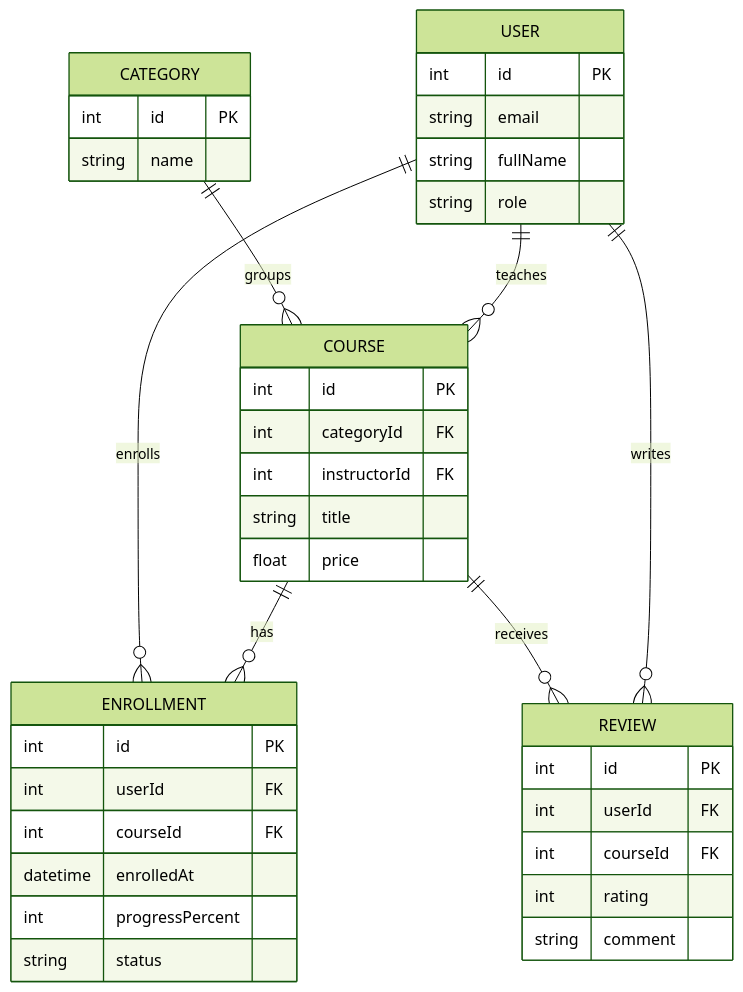
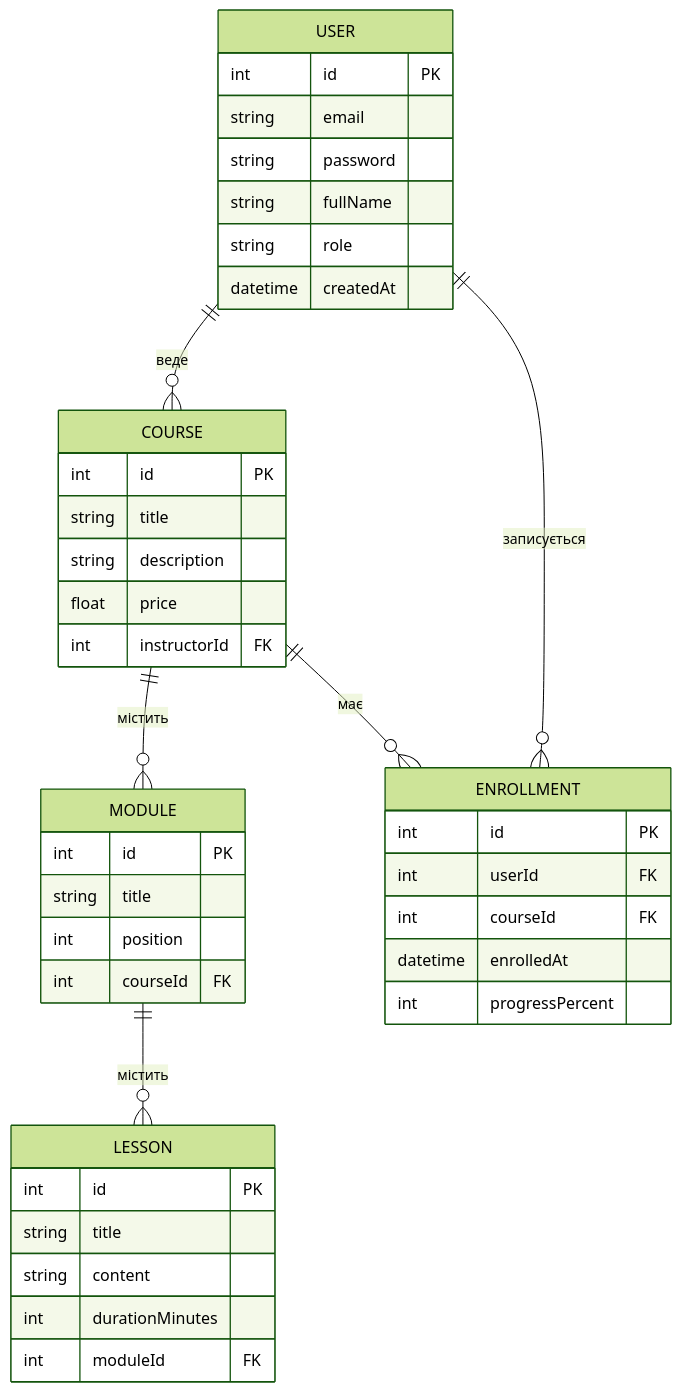
Before and after one commit to beep78/khntu-web-monolith-tykhonov: the diagram in README.md, drawn with Mermaid (forest theme). The commit also changed other lines of this file and 7 other files, not shown here.

Commit message:
feat: setup PostgreSQL, prisma schema, initial migration and seed script

````diff
--- a/README.md
+++ b/README.md
@@ -20,42 +19,44 @@
 ```mermaid
 erDiagram
-    USER ||--o{ ENROLLMENT : enrolls
-    COURSE ||--o{ ENROLLMENT : has
-    CATEGORY ||--o{ COURSE : groups
-    USER ||--o{ COURSE : teaches
-    COURSE ||--o{ REVIEW : receives
-    USER ||--o{ REVIEW : writes
+    USER ||--o{ COURSE : "веде"
+    COURSE ||--o{ MODULE : "містить"
+    MODULE ||--o{ LESSON : "містить"
+    USER ||--o{ ENROLLMENT : "записується"
+    COURSE ||--o{ ENROLLMENT : "має"
 
     USER {
         int id PK
         string email
+        string password
         string fullName
         string role
-    }
-    CATEGORY {
-        int id PK
-        string name
+        datetime createdAt
     }
     COURSE {
         int id PK
-        int categoryId FK
+        string title
+        string description
+        float price
         int instructorId FK
+    }
+    MODULE {
+        int id PK
         string title
-        float price
+        int position
+        int courseId FK
+    }
+    LESSON {
+        int id PK
+        string title
+        string content
+        int durationMinutes
+        int moduleId FK
     }
     ENROLLMENT {
         int id PK
         int userId FK
         int courseId FK
         datetime enrolledAt
         int progressPercent
-        string status
-    }
-    REVIEW {
-        int id PK
-        int userId FK
-        int courseId FK
-        int rating
-        string comment
     }
 ```
````
